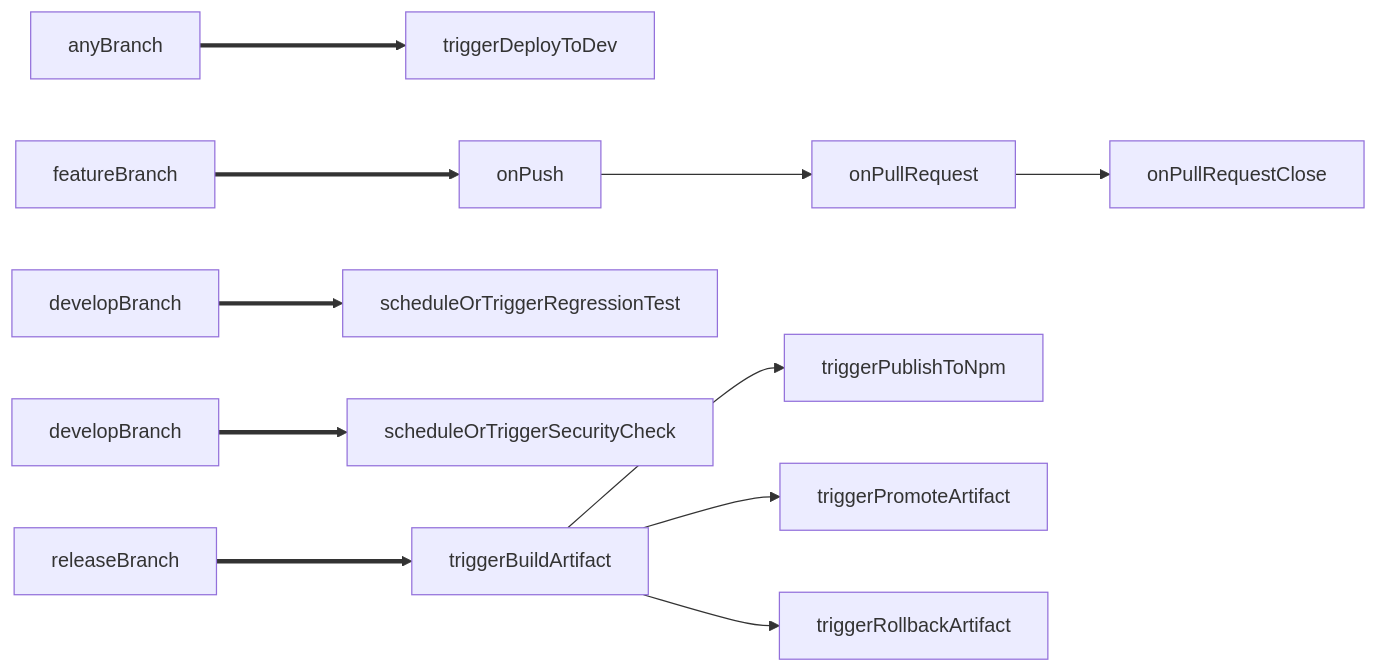
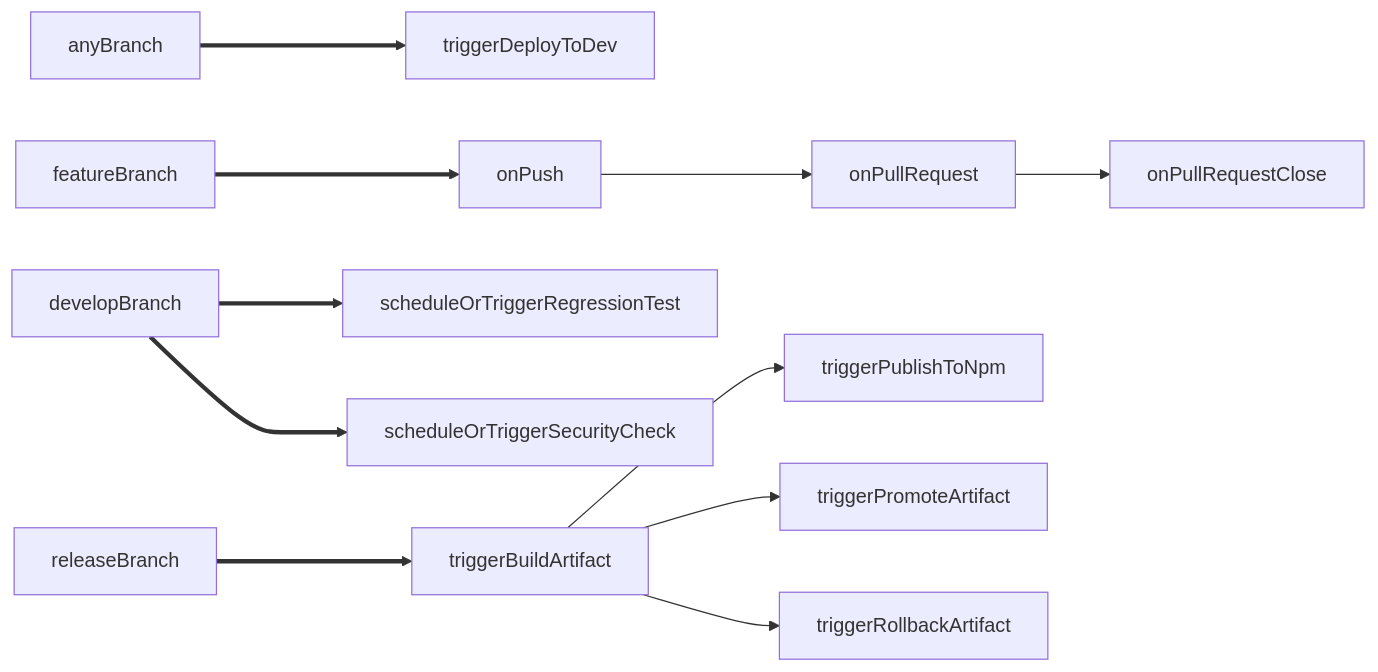
The first of 12 diagrams in docs/pipeline.md (gnowth/gnowth), drawn with Mermaid before and after one commit. The commit also changed other lines of this file and 8 other files, not shown here.

````diff
--- a/docs/pipeline.md
+++ b/docs/pipeline.md
@@ -23,12 +23,12 @@
 ```mermaid
   graph LR
     anyBranch ===> triggerDeployToDev
 
     featureBranch ===> onPush --> onPullRequest --> onPullRequestClose
 
     developBranch ===> scheduleOrTriggerRegressionTest
 
-    developBranch1[developBranch] ===> scheduleOrTriggerSecurityCheck
+    developBranch ===> scheduleOrTriggerSecurityCheck
 
     releaseBranch ===> triggerBuildArtifact --> triggerPublishToNpm & triggerPromoteArtifact & triggerRollbackArtifact
 ```
````
